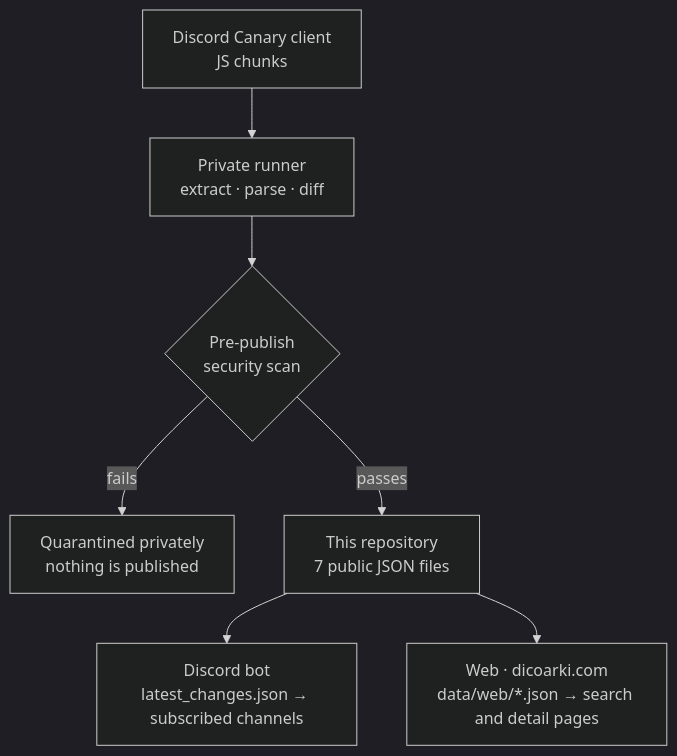
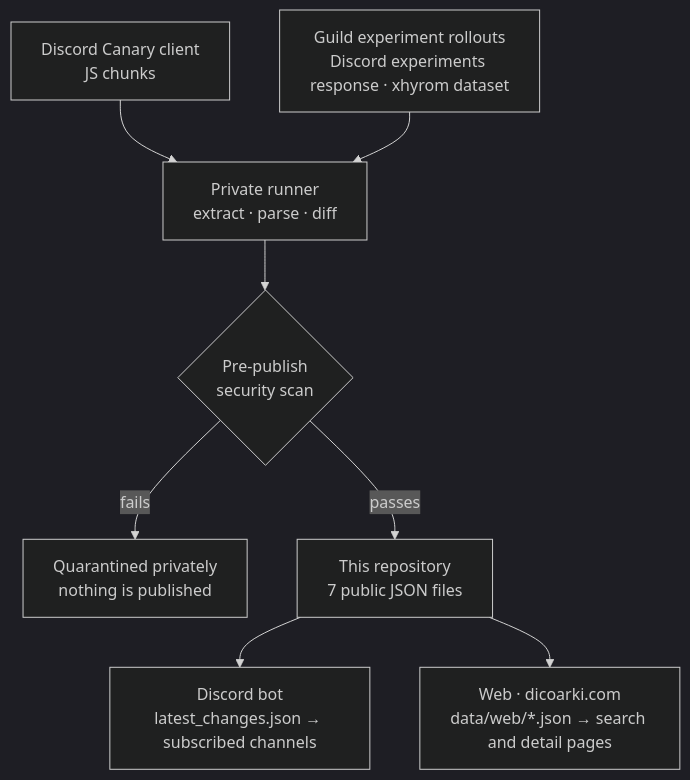
Before and after one commit to yummygreengrape/discord-datamining: the diagram in README.md, drawn with Mermaid (dark theme). The commit also changed other lines of this file and 2 other files, not shown here.

````diff
--- a/README.md
+++ b/README.md
@@ -28,9 +28,10 @@
 ```mermaid
 flowchart TD
     A["Discord Canary client<br/>JS chunks"] --> B["Private runner<br/>extract · parse · diff"]
+    R["Guild experiment rollouts<br/>Discord experiments response · xhyrom dataset"] --> B
     B --> C{"Pre-publish<br/>security scan"}
     C -- fails --> D["Quarantined privately<br/>nothing is published"]
     C -- passes --> E["This repository<br/>7 public JSON files"]
     E --> F["Discord bot<br/>latest_changes.json → subscribed channels"]
     E --> G["Web · dicoarki.com<br/>data/web/*.json → search and detail pages"]
 ```
````
